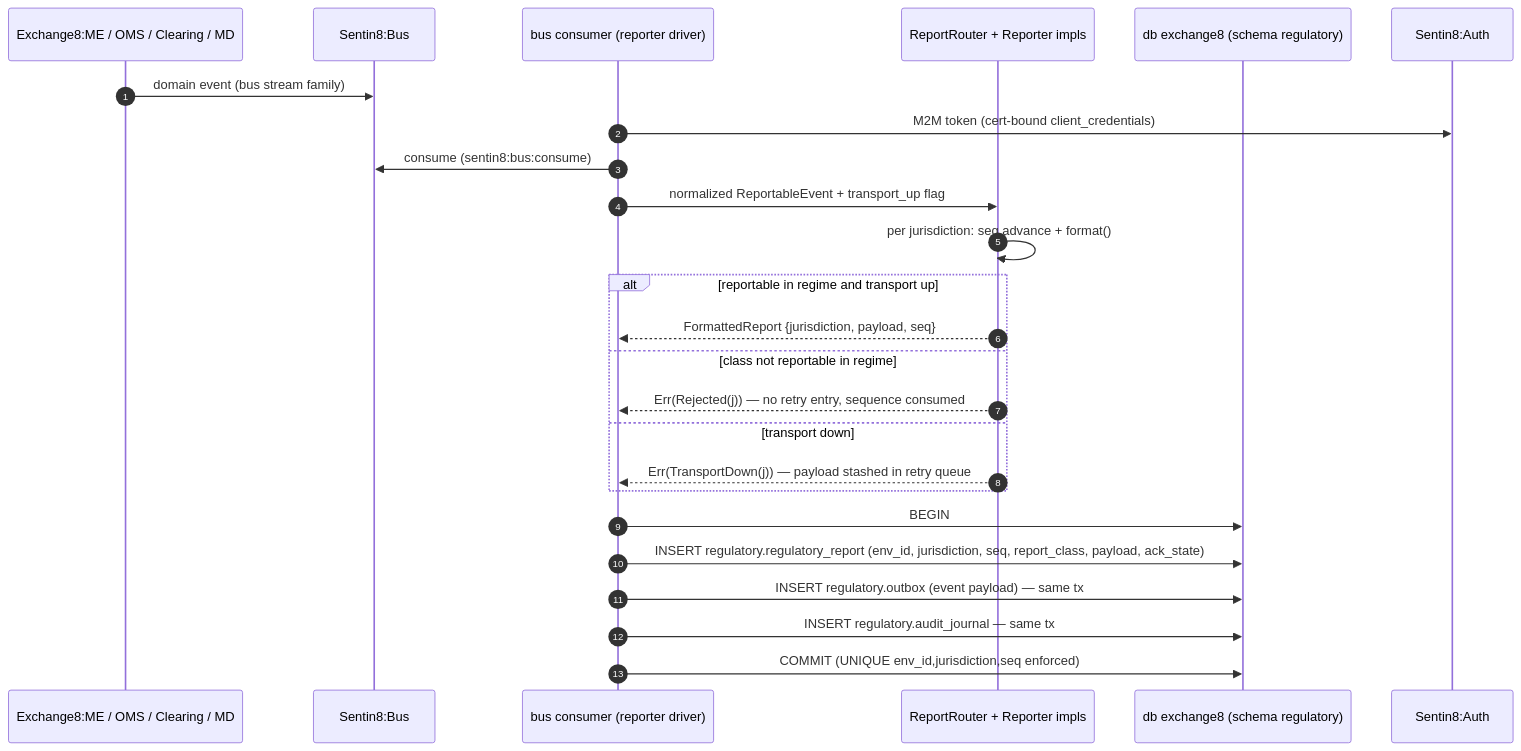
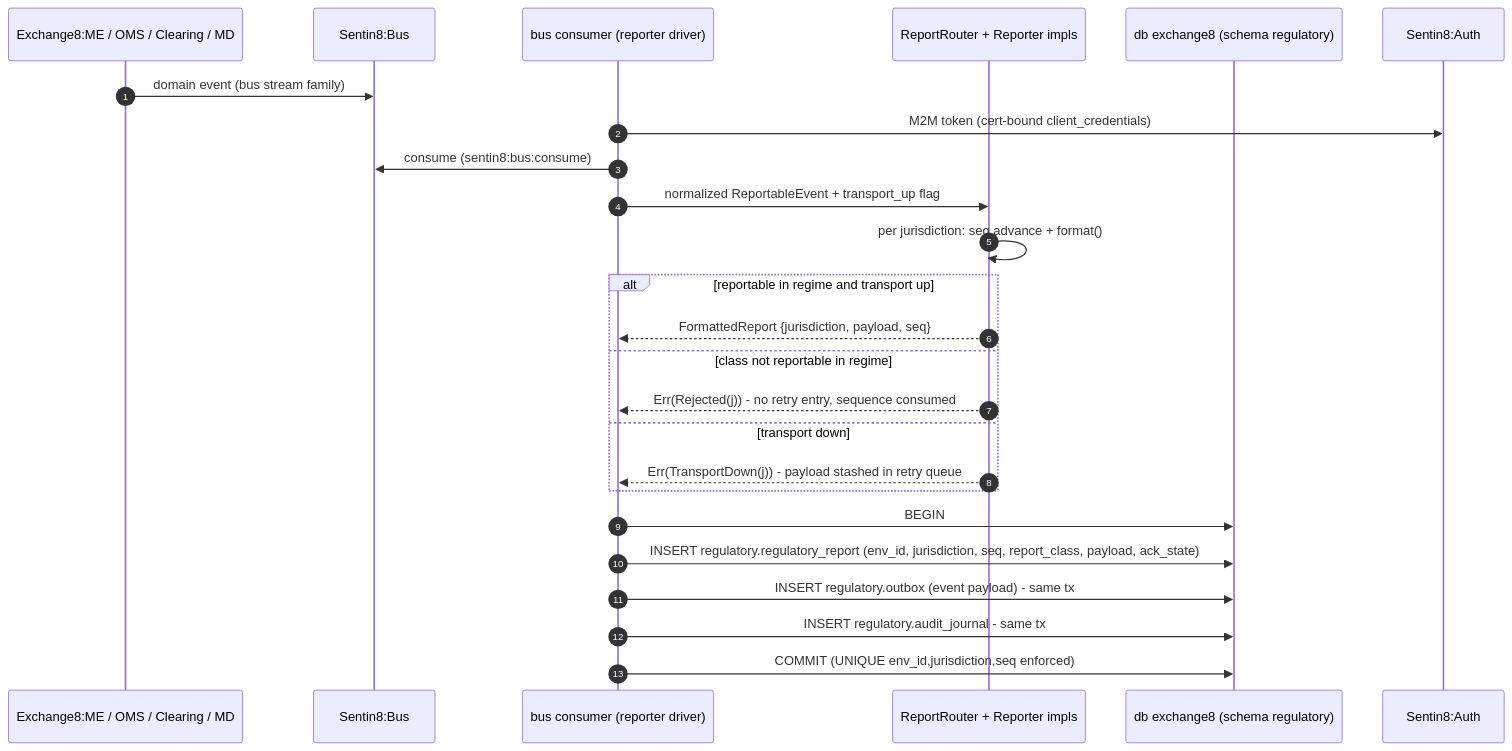
One commit to Exchange8-dev/exchange8-site changed the fourth of 18 diagrams in docs/products/regulatory/design.md. Above: the diagram before and after it, drawn with Mermaid. The commit also changed other lines of this file and 72 other files, not shown here.

````diff
--- a/docs/products/regulatory/design.md
+++ b/docs/products/regulatory/design.md
@@ -163,28 +163,28 @@
 ```mermaid
 sequenceDiagram
     autonumber
     participant SRC as Exchange8:ME / OMS / Clearing / MD
     participant B as Sentin8:Bus
     participant H as bus consumer (reporter driver)
     participant C as ReportRouter + Reporter impls
     participant DB as db exchange8 (schema regulatory)
     participant AUTH as Sentin8:Auth
 
     SRC->>B: domain event (bus stream family)
     H->>AUTH: M2M token (cert-bound client_credentials)
     H->>B: consume (sentin8:bus:consume)
     H->>C: normalized ReportableEvent + transport_up flag
     C->>C: per jurisdiction: seq advance + format()
     alt reportable in regime and transport up
         C-->>H: FormattedReport {jurisdiction, payload, seq}
     else class not reportable in regime
-        C-->>H: Err(Rejected(j)) — no retry entry, sequence consumed
+        C-->>H: Err(Rejected(j)) - no retry entry, sequence consumed
     else transport down
-        C-->>H: Err(TransportDown(j)) — payload stashed in retry queue
+        C-->>H: Err(TransportDown(j)) - payload stashed in retry queue
     end
     H->>DB: BEGIN
     H->>DB: INSERT regulatory.regulatory_report (env_id, jurisdiction, seq, report_class, payload, ack_state)
-    H->>DB: INSERT regulatory.outbox (event payload) — same tx
-    H->>DB: INSERT regulatory.audit_journal — same tx
+    H->>DB: INSERT regulatory.outbox (event payload) - same tx
+    H->>DB: INSERT regulatory.audit_journal - same tx
     H->>DB: COMMIT (UNIQUE env_id,jurisdiction,seq enforced)
 ```
````
